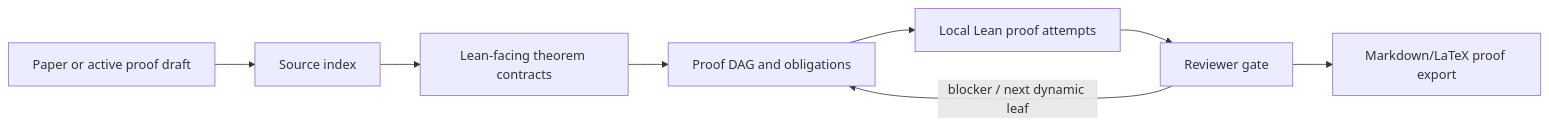
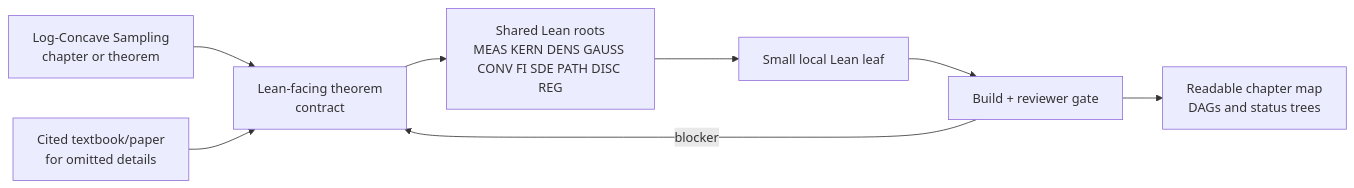
Before and after one commit to DakeBU/Auto-Sampling-Theory-In-Sleep: the first of 3 diagrams in README.md, drawn with Mermaid. The commit also changed other lines of this file, not shown here.

````diff
--- a/README.md
+++ b/README.md
@@ -57,10 +25,18 @@
 ```mermaid
 flowchart LR
-  A[Paper or active proof draft] --> B[Source index]
-  B --> C[Lean-facing theorem contracts]
-  C --> D[Proof DAG and obligations]
-  D --> E[Local Lean proof attempts]
-  E --> F[Reviewer gate]
-  F --> G[Markdown/LaTeX proof export]
-  F -- blocker / next dynamic leaf --> D
+  Source[Log-Concave Sampling<br/>chapter or theorem]
+  Cite[Cited textbook/paper<br/>for omitted details]
+  Contract[Lean-facing theorem<br/>contract]
+  Roots[Shared Lean roots<br/>MEAS KERN DENS GAUSS CONV FI SDE PATH DISC REG]
+  Leaf[Small local Lean leaf]
+  Gate[Build + reviewer gate]
+  Docs[Readable chapter map<br/>DAGs and status trees]
+
+  Source --> Contract
+  Cite --> Contract
+  Contract --> Roots
+  Roots --> Leaf
+  Leaf --> Gate
+  Gate --> Docs
+  Gate -- blocker --> Contract
 ```
````
